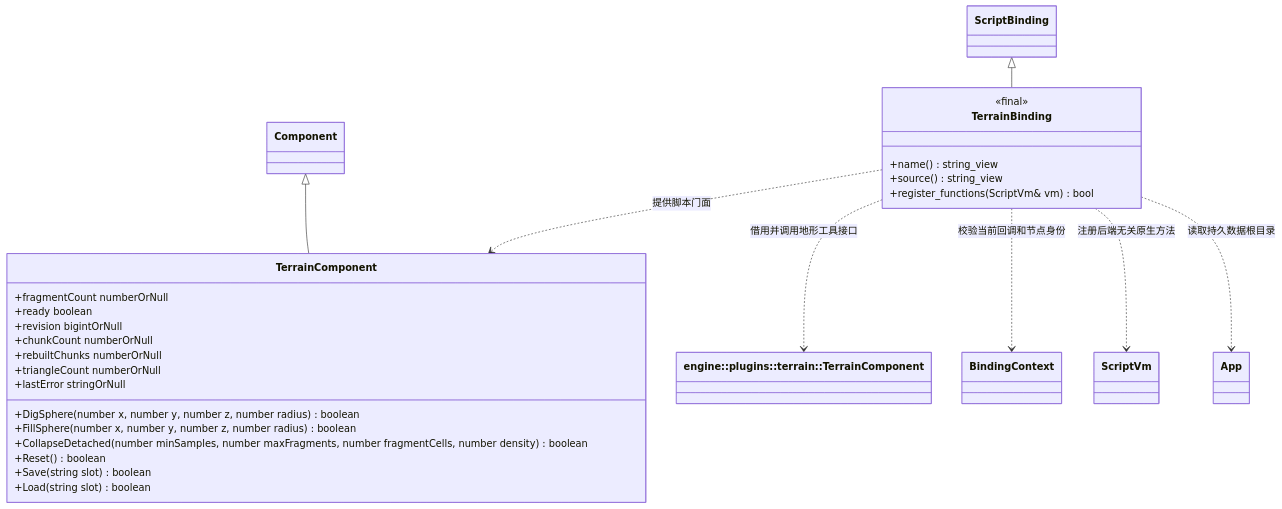
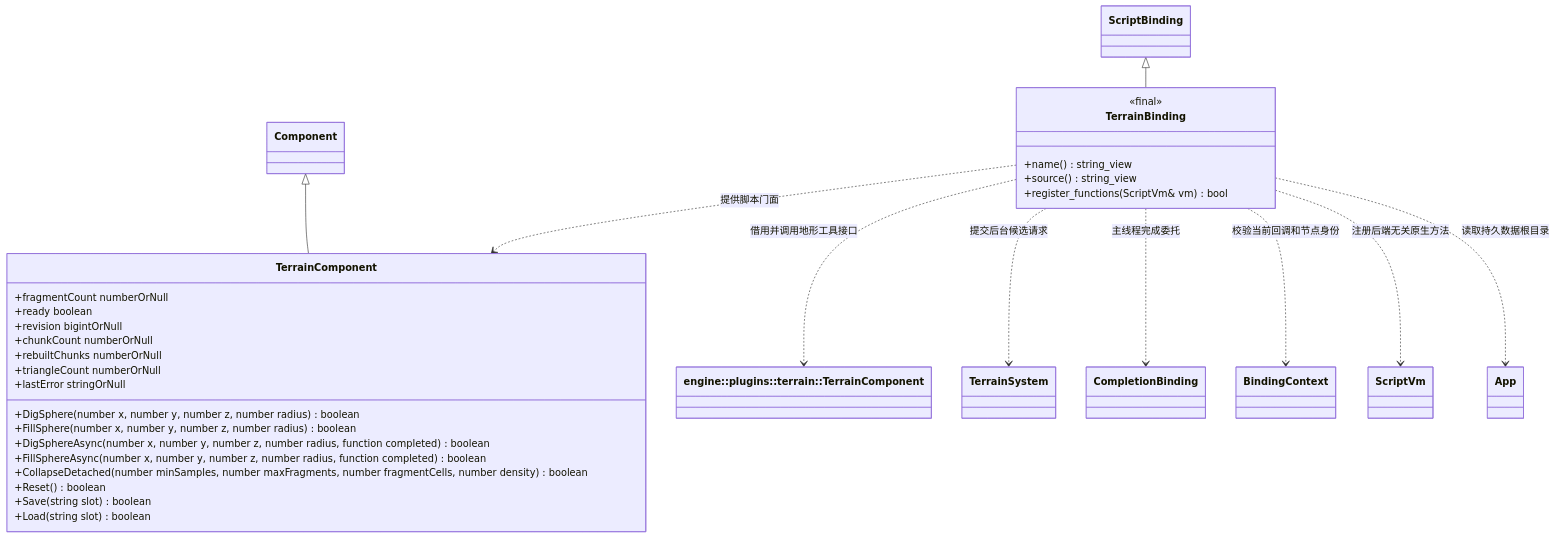
One commit to lcals/Engine changed the diagram in docs/plugins/runtime/class-diagrams/terrain-script-api.md. Above: the diagram before and after it, drawn with Mermaid. The commit also changed other lines of this file and 135 other files, not shown here.

````diff
--- a/docs/plugins/runtime/class-diagrams/terrain-script-api.md
+++ b/docs/plugins/runtime/class-diagrams/terrain-script-api.md
@@ -5,37 +5,43 @@
 ```mermaid
 classDiagram
     class Component
     class TerrainComponent {
         +DigSphere(number x, number y, number z, number radius) boolean
         +FillSphere(number x, number y, number z, number radius) boolean
+        +DigSphereAsync(number x, number y, number z, number radius, function completed) boolean
+        +FillSphereAsync(number x, number y, number z, number radius, function completed) boolean
         +CollapseDetached(number minSamples, number maxFragments, number fragmentCells, number density) boolean
         +fragmentCount numberOrNull
         +Reset() boolean
         +Save(string slot) boolean
         +Load(string slot) boolean
         +ready boolean
         +revision bigintOrNull
         +chunkCount numberOrNull
         +rebuiltChunks numberOrNull
         +triangleCount numberOrNull
         +lastError stringOrNull
     }
     class TerrainBinding {
         <<final>>
         +name() string_view
         +source() string_view
         +register_functions(ScriptVm& vm) bool
     }
     class ScriptBinding
     class ScriptVm
     class BindingContext
     class NativeTerrain["engine::plugins::terrain::TerrainComponent"]
+    class TerrainSystem
+    class CompletionBinding
     class App
     Component <|-- TerrainComponent
     ScriptBinding <|-- TerrainBinding
     TerrainBinding ..> TerrainComponent : 提供脚本门面
     TerrainBinding ..> NativeTerrain : 借用并调用地形工具接口
+    TerrainBinding ..> TerrainSystem : 提交后台候选请求
+    TerrainBinding ..> CompletionBinding : 主线程完成委托
     TerrainBinding ..> BindingContext : 校验当前回调和节点身份
     TerrainBinding ..> ScriptVm : 注册后端无关原生方法
     TerrainBinding ..> App : 读取持久数据根目录
 ```
````
